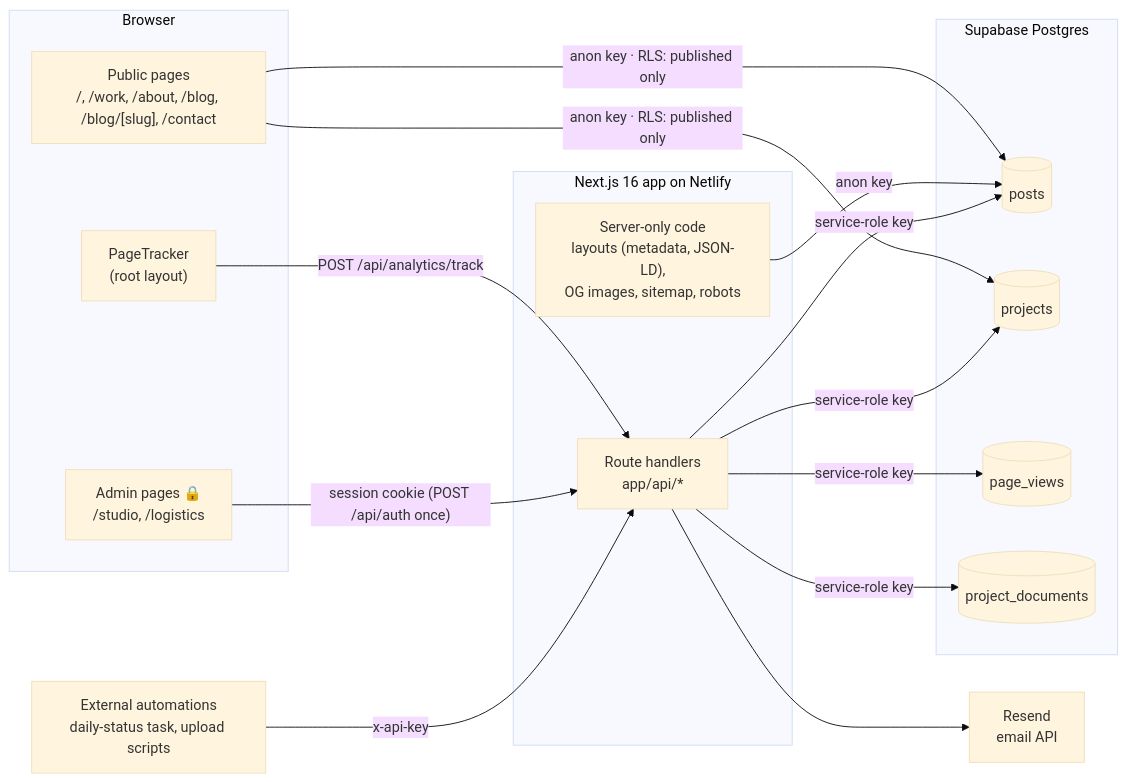
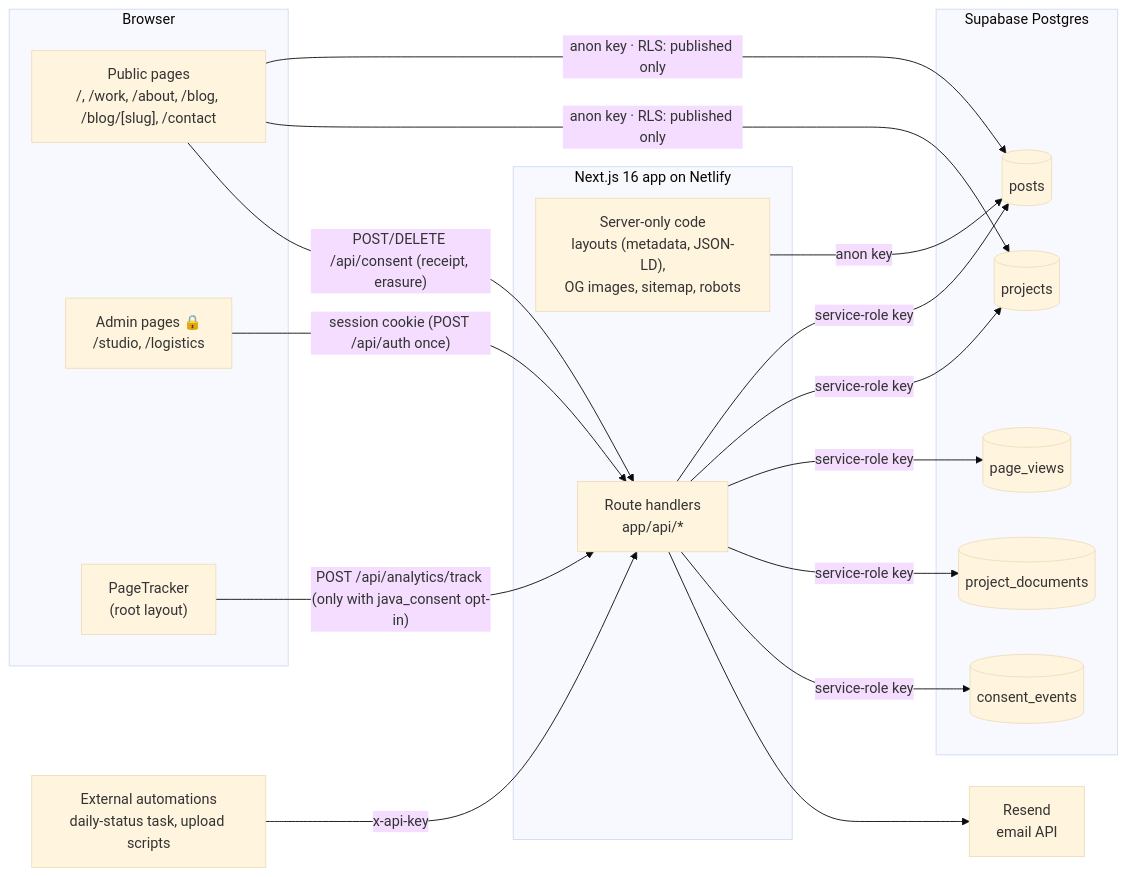
The first of 4 diagrams in ARCHITECTURE.md (JorgeVilano500/PortfolioMkV), drawn with Mermaid (base theme) before and after one commit. The commit also changed other lines of this file and 6 other files, not shown here.

````diff
--- a/ARCHITECTURE.md
+++ b/ARCHITECTURE.md
@@ -11,35 +11,38 @@
 ```mermaid
 flowchart LR
     subgraph Browser
         PUB["Public pages<br/>/, /work, /about, /blog, /blog/[slug], /contact"]
         ADM["Admin pages 🔒<br/>/studio, /logistics"]
         PT["PageTracker<br/>(root layout)"]
     end
 
     subgraph Netlify["Next.js 16 app on Netlify"]
         SRV["Server-only code<br/>layouts (metadata, JSON-LD),<br/>OG images, sitemap, robots"]
         API["Route handlers<br/>app/api/*"]
     end
 
     subgraph Supabase["Supabase Postgres"]
         POSTS[("posts")]
         PROJ[("projects")]
         PV[("page_views")]
         DOCS[("project_documents")]
+        CE[("consent_events")]
     end
 
     RESEND["Resend<br/>email API"]
     AUTO["External automations<br/>daily-status task, upload scripts"]
 
     PUB -- "anon key · RLS: published only" --> POSTS
     PUB -- "anon key · RLS: published only" --> PROJ
     SRV -- "anon key" --> POSTS
-    PT -- "POST /api/analytics/track" --> API
+    PT -- "POST /api/analytics/track (only with java_consent opt-in)" --> API
+    PUB -- "POST/DELETE /api/consent (receipt, erasure)" --> API
     ADM -- "session cookie (POST /api/auth once)" --> API
     AUTO -- "x-api-key" --> API
     API -- "service-role key" --> POSTS
     API -- "service-role key" --> PROJ
     API -- "service-role key" --> PV
     API -- "service-role key" --> DOCS
+    API -- "service-role key" --> CE
     API --> RESEND
 ```
````
